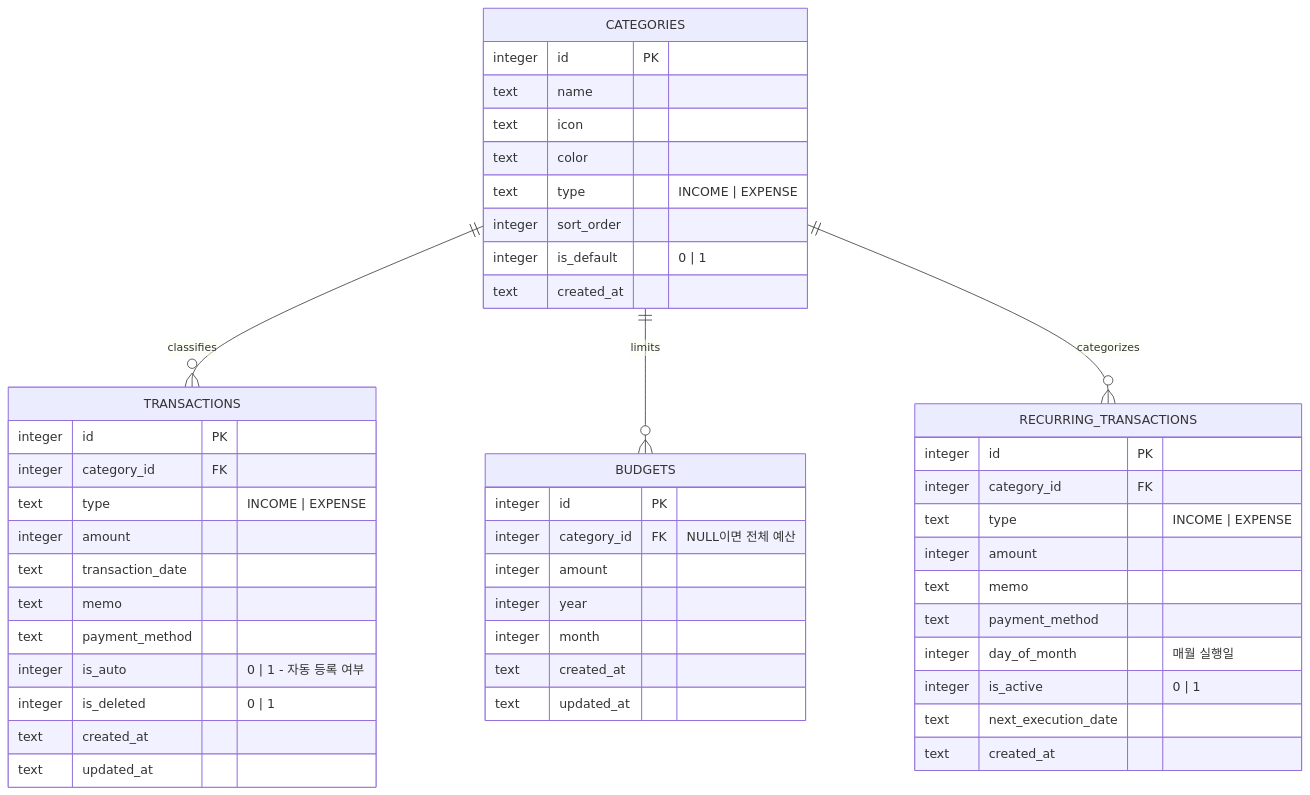
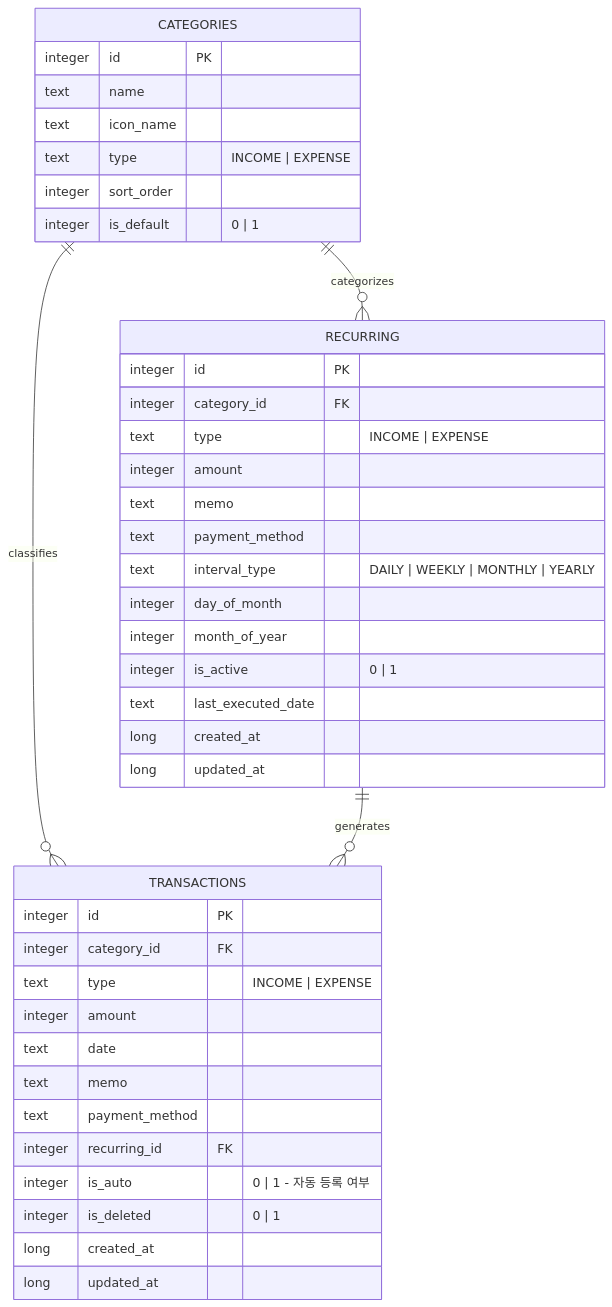
Before and after one commit to steveve14/MoneyLog: the diagram in docs/05_데이터베이스_설계.md, drawn with Mermaid. The commit also changed other lines of this file and 38 other files, not shown here.

First line of the commit message:
feat: Implement recurring transactions feature with UI and data handling

````diff
--- a/docs/05_데이터베이스_설계.md
+++ b/docs/05_데이터베이스_설계.md
@@ -24,54 +24,46 @@
 ```mermaid
 erDiagram
     CATEGORIES {
         integer id PK
         text name
-        text icon
-        text color
+        text icon_name
         text type "INCOME | EXPENSE"
         integer sort_order
         integer is_default "0 | 1"
-        text created_at
     }
 
     TRANSACTIONS {
         integer id PK
         integer category_id FK
         text type "INCOME | EXPENSE"
         integer amount
-        text transaction_date
+        text date
         text memo
         text payment_method
+        integer recurring_id FK
         integer is_auto "0 | 1 - 자동 등록 여부"
         integer is_deleted "0 | 1"
-        text created_at
-        text updated_at
+        long created_at
+        long updated_at
     }
 
-    BUDGETS {
-        integer id PK
-        integer category_id FK "NULL이면 전체 예산"
-        integer amount
-        integer year
-        integer month
-        text created_at
-        text updated_at
-    }
-
-    RECURRING_TRANSACTIONS {
+    RECURRING {
         integer id PK
         integer category_id FK
         text type "INCOME | EXPENSE"
         integer amount
         text memo
         text payment_method
-        integer day_of_month "매월 실행일"
+        text interval_type "DAILY | WEEKLY | MONTHLY | YEARLY"
+        integer day_of_month
+        integer month_of_year
         integer is_active "0 | 1"
-        text next_execution_date
-        text created_at
+        text last_executed_date
+        long created_at
+        long updated_at
     }
 
     CATEGORIES ||--o{ TRANSACTIONS : "classifies"
-    CATEGORIES ||--o{ BUDGETS : "limits"
-    CATEGORIES ||--o{ RECURRING_TRANSACTIONS : "categorizes"
+    CATEGORIES ||--o{ RECURRING : "categorizes"
+    RECURRING ||--o{ TRANSACTIONS : "generates"
 ```
````
